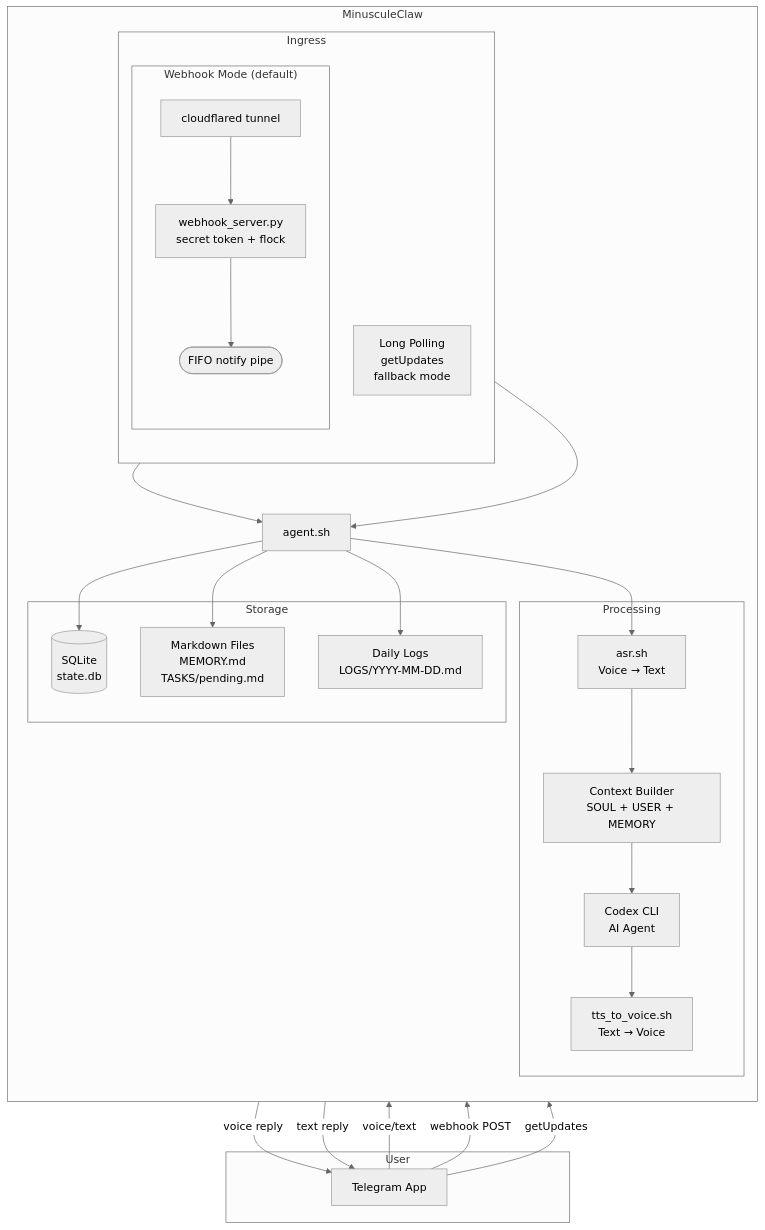
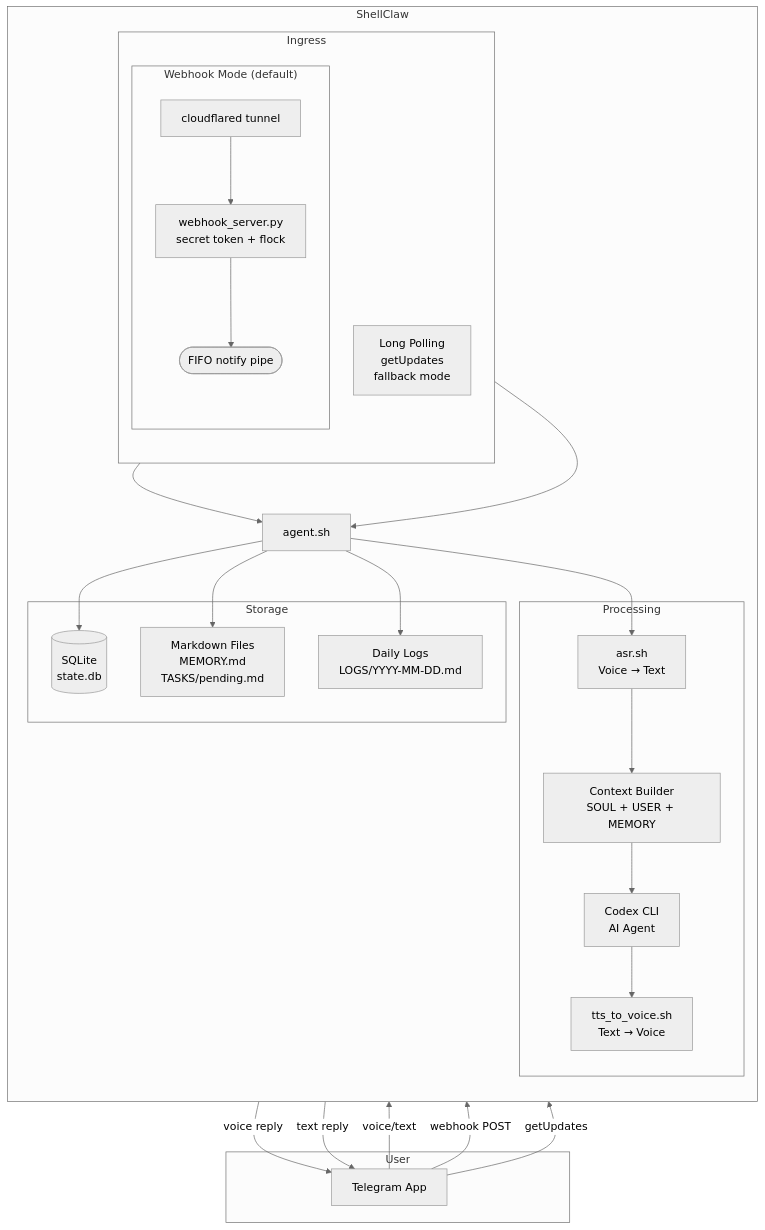
One commit to lsj5031/MinusculeClaw changed the sixth of 9 diagrams in README.md. Above: the diagram before and after it, drawn with Mermaid (neutral theme). The commit also changed other lines of this file and 21 other files, not shown here.

Commit message:
Rebrand project to ShellClaw and update logo

````diff
--- a/README.md
+++ b/README.md
@@ -325,50 +323,50 @@
 ```mermaid
 flowchart TB
     subgraph User
         TG[Telegram App]
     end
 
-    subgraph MinusculeClaw
+    subgraph ShellClaw
         direction TB
         AGENT[agent.sh]
 
         subgraph Ingress
             direction TB
             subgraph webhook_path["Webhook Mode (default)"]
                 CF[cloudflared tunnel]
                 WH[webhook_server.py<br/>secret token + flock]
                 FIFO([FIFO notify pipe])
             end
             POLL[Long Polling<br/>getUpdates<br/>fallback mode]
         end
 
         subgraph Processing
             ASR[asr.sh<br/>Voice → Text]
             CTX[Context Builder<br/>SOUL + USER + MEMORY]
             CODEX[Codex CLI<br/>AI Agent]
             TTS[tts_to_voice.sh<br/>Text → Voice]
         end
 
         subgraph Storage
             SQLITE[(SQLite<br/>state.db)]
             MD[Markdown Files<br/>MEMORY.md<br/>TASKS/pending.md]
             LOGS[Daily Logs<br/>LOGS/YYYY-MM-DD.md]
         end
     end
 
     TG -->|"voice/text"| AGENT
     AGENT --> ASR
     ASR --> CTX
     CTX --> CODEX
     CODEX --> TTS
     TTS -->|"voice reply"| TG
     CODEX -->|"text reply"| TG
     AGENT --> SQLITE
     AGENT --> MD
     AGENT --> LOGS
 
     CF --> WH --> FIFO --> AGENT
     TG -->|"webhook POST"| CF
     TG -->|"getUpdates"| POLL
     POLL --> AGENT
 ```
````
